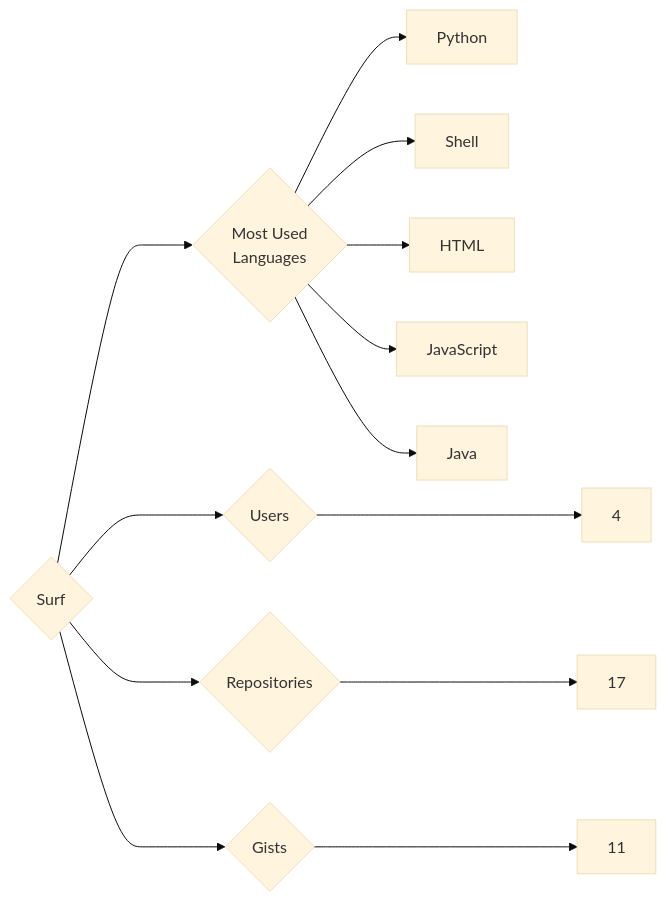
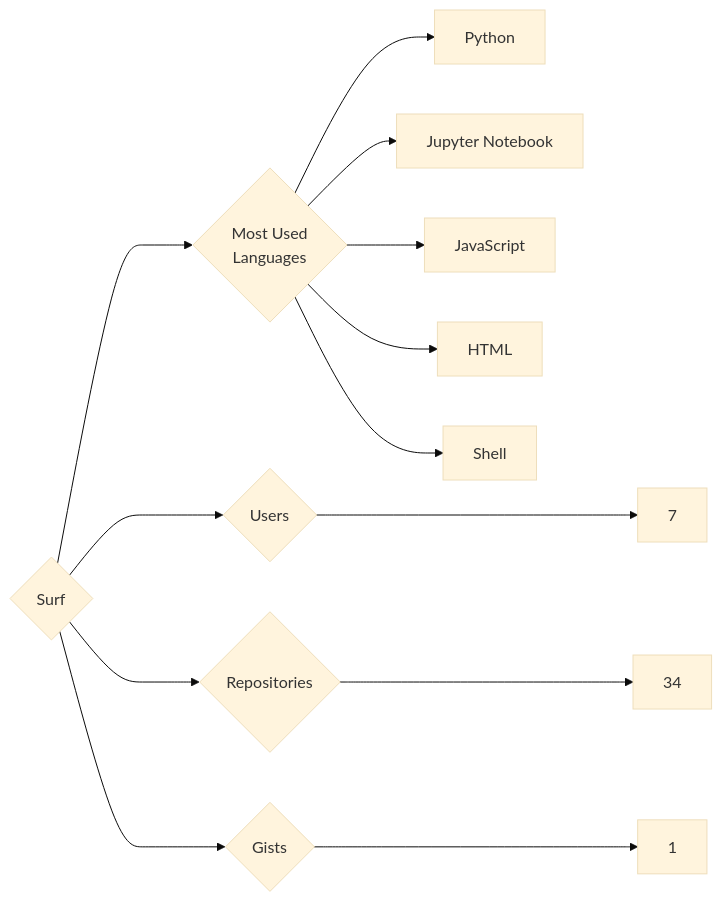
Before and after one commit to trickest/insiders: the diagram in targets/Surf/README.md, drawn with Mermaid (base theme). The commit also changed 715 other files, not shown here.

````diff
--- a/targets/Surf/README.md
+++ b/targets/Surf/README.md
@@ -3,13 +3,13 @@
 ```mermaid
 graph LR
 COMPANY_NAME{Surf}
-COMPANY_NAME ---> U{Users} ---> UN[4]
-COMPANY_NAME ---> R{Repositories} ---> RN[17]
-COMPANY_NAME ---> G{Gists} ---> GN[11]
+COMPANY_NAME ---> U{Users} ---> UN[7]
+COMPANY_NAME ---> R{Repositories} ---> RN[34]
+COMPANY_NAME ---> G{Gists} ---> GN[1]
 COMPANY_NAME ---> ML{Most Used<br>Languages}
 ML --> Python[Python]
+ML --> Jupyter_Notebook[Jupyter Notebook]
+ML --> JavaScript[JavaScript]
+ML --> HTML[HTML]
 ML --> Shell[Shell]
-ML --> HTML[HTML]
-ML --> JavaScript[JavaScript]
-ML --> Java[Java]
 ```
````
